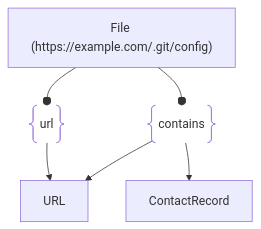
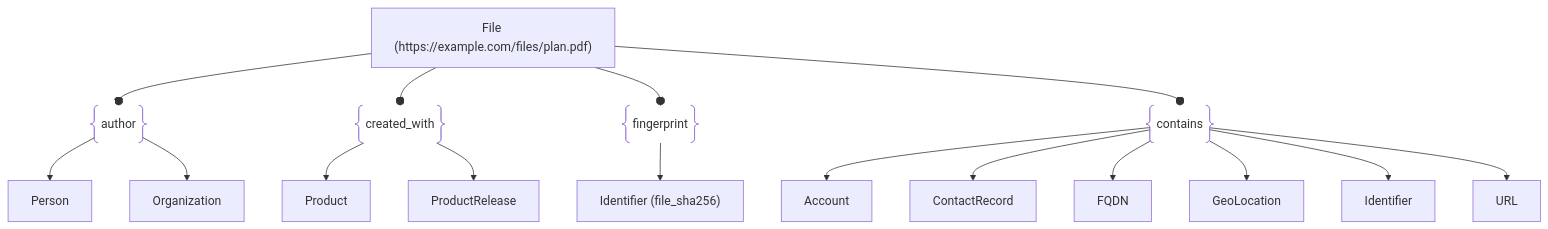
The diagram in docs/open_asset_model/assets/file.md (owasp-amass/docs), drawn with Mermaid before and after one commit. The commit also changed other lines of this file and 105 other files, not shown here.

````diff
--- a/docs/open_asset_model/assets/file.md
+++ b/docs/open_asset_model/assets/file.md
@@ -28,14 +68,37 @@
 ```mermaid
 graph TD
-file["File (https://example.com/.git/config)"]
+file["File (https://example.com/files/plan.pdf)"]
+person["Person"]
+org["Organization"]
+author@{ shape: braces, label: "author" }
+file --o author
+author --> person
+author --> org
+
+prod["Product"]
+prodrel["ProductRelease"]
+created@{ shape: braces, label: "created_with" }
+file --o created
+created --> prod
+created --> prodrel
+
+hash["Identifier (file_sha256)"]
+fp@{ shape: braces, label: "fingerprint" }
+file --o fp
+fp --> hash
+
+acct["Account"]
+contact["ContactRecord"]
+fqdn["FQDN"]
+geo["GeoLocation"]
+ident["Identifier"]
 url["URL"]
-urlRel@{ shape: braces, label: "url" }
-file --o urlRel
-urlRel --> url
-
-contactrec["ContactRecord"]
 contains@{ shape: braces, label: "contains" }
 file --o contains
-contains --> contactrec
+contains --> acct
+contains --> contact
+contains --> fqdn
+contains --> geo
+contains --> ident
 contains --> url
 ```
````
